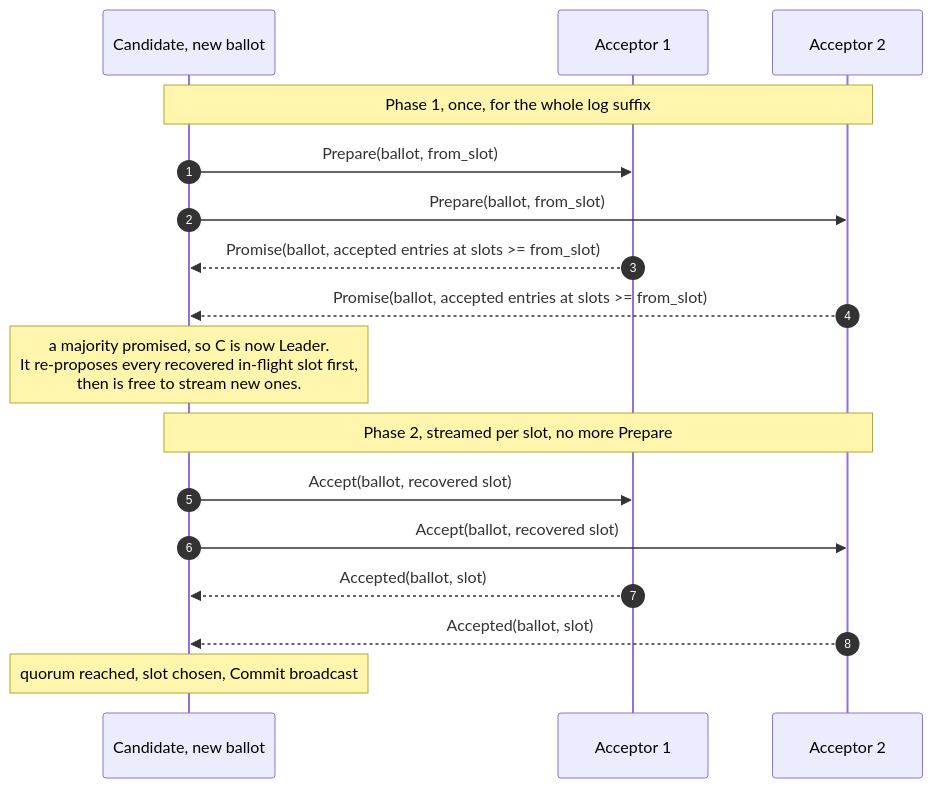
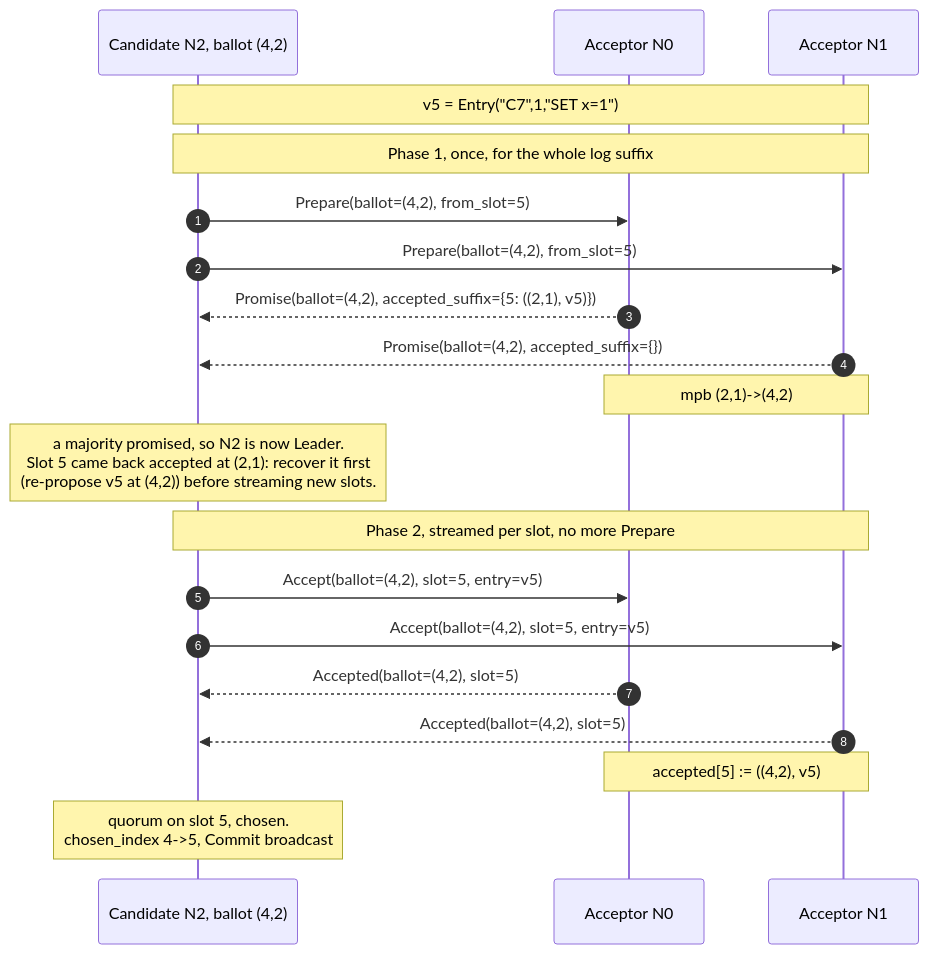
One commit to PierreZ/paros changed the first of 5 diagrams in book/src/stable-leader.md. Above: the diagram before and after it, drawn with Mermaid. The commit also changed other lines of this file and 5 other files, not shown here.

````diff
--- a/book/src/stable-leader.md
+++ b/book/src/stable-leader.md
@@ -55,19 +55,22 @@
 ```mermaid
 sequenceDiagram
     autonumber
-    participant C as Candidate, new ballot
-    participant A1 as Acceptor 1
-    participant A2 as Acceptor 2
-    Note over C,A2: Phase 1, once, for the whole log suffix
-    C->>A1: Prepare(ballot, from_slot)
-    C->>A2: Prepare(ballot, from_slot)
-    A1-->>C: Promise(ballot, accepted entries at slots >= from_slot)
-    A2-->>C: Promise(ballot, accepted entries at slots >= from_slot)
-    Note over C: a majority promised, so C is now Leader.<br/>It re-proposes every recovered in-flight slot first,<br/>then is free to stream new ones.
-    Note over C,A2: Phase 2, streamed per slot, no more Prepare
-    C->>A1: Accept(ballot, recovered slot)
-    C->>A2: Accept(ballot, recovered slot)
-    A1-->>C: Accepted(ballot, slot)
-    A2-->>C: Accepted(ballot, slot)
-    Note over C: quorum reached, slot chosen, Commit broadcast
+    participant C as Candidate N2, ballot (4,2)
+    participant A0 as Acceptor N0
+    participant A1 as Acceptor N1
+    Note over C,A1: v5 = Entry("C7",1,"SET x=1")
+    Note over C,A1: Phase 1, once, for the whole log suffix
+    C->>A0: Prepare(ballot=(4,2), from_slot=5)
+    C->>A1: Prepare(ballot=(4,2), from_slot=5)
+    A0-->>C: Promise(ballot=(4,2), accepted_suffix={5: ((2,1), v5)})
+    A1-->>C: Promise(ballot=(4,2), accepted_suffix={})
+    Note over A0,A1: mpb (2,1)->(4,2)
+    Note over C: a majority promised, so N2 is now Leader.<br/>Slot 5 came back accepted at (2,1): recover it first<br/>(re-propose v5 at (4,2)) before streaming new slots.
+    Note over C,A1: Phase 2, streamed per slot, no more Prepare
+    C->>A0: Accept(ballot=(4,2), slot=5, entry=v5)
+    C->>A1: Accept(ballot=(4,2), slot=5, entry=v5)
+    A0-->>C: Accepted(ballot=(4,2), slot=5)
+    A1-->>C: Accepted(ballot=(4,2), slot=5)
+    Note over A0,A1: accepted[5] := ((4,2), v5)
+    Note over C: quorum on slot 5, chosen.<br/>chosen_index 4->5, Commit broadcast
 ```
````
